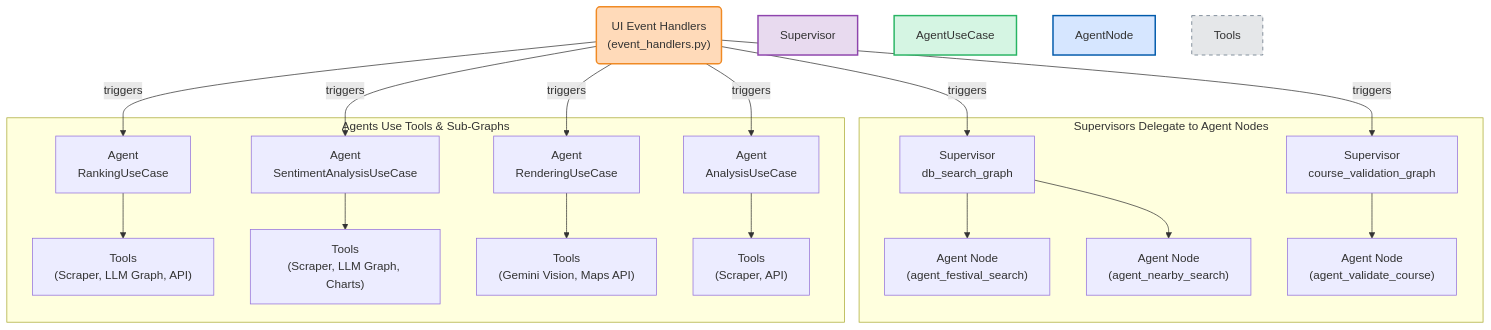
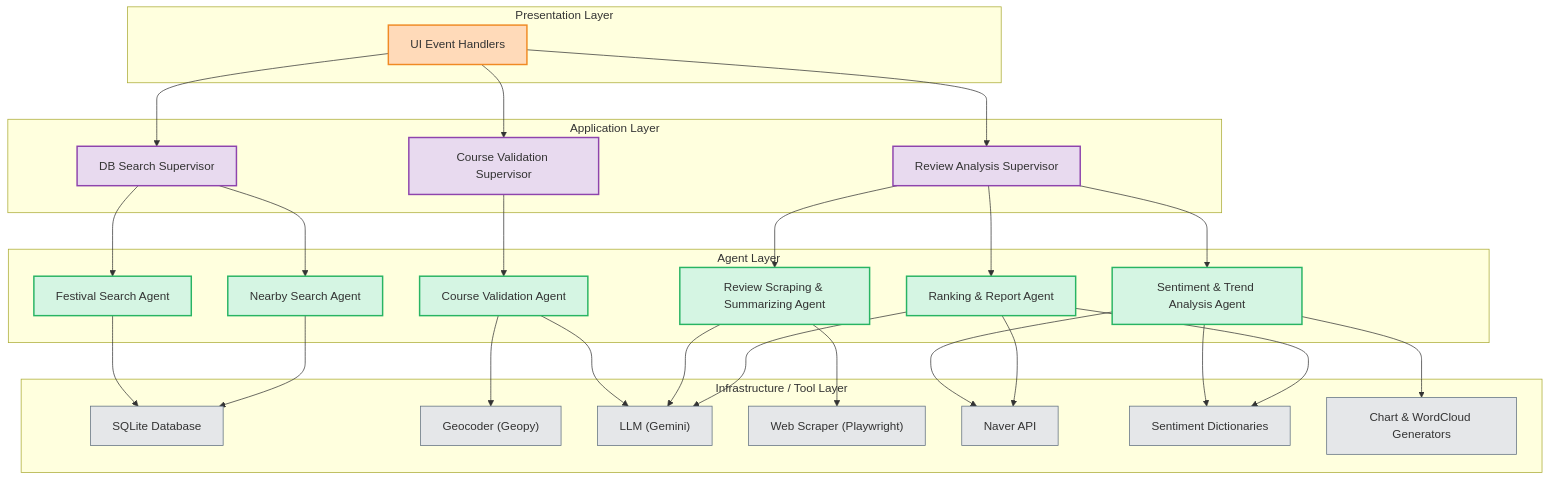
The diagram in README.md (ericyum/tour_agent), drawn with Mermaid before and after one commit. The commit also changed other lines of this file, not shown here.

Commit message:
"ReadMe 계층 구조 다이어그램 개선"

````diff
--- a/README.md
+++ b/README.md
@@ -88,34 +88,73 @@
 ```mermaid
 graph TD
-    %% --- 스타일 정의 ---
-    style EventHandler fill:#FFDAB9,stroke:#F08A24,stroke-width:2px
-    style Supervisor fill:#E8DAEF,stroke:#8E44AD,stroke-width:2px
-    style AgentUseCase fill:#D5F5E3,stroke:#28B463,stroke-width:2px
-    style AgentNode fill:#D6E6FF,stroke:#005AAB,stroke-width:2px
-    style Tools fill:#E5E7E9,stroke:#5D6D7E,stroke-width:1px,stroke-dasharray: 5 5
-
-    %% --- 1. Event Handler (최상위) ---
-    EventHandler("UI Event Handlers\n(event_handlers.py)")
-
-    %% --- 2. Supervisors & Agents (중간 계층) ---
-    EventHandler -- triggers --> Supervisor_DB["Supervisor\ndb_search_graph"]
-    EventHandler -- triggers --> Supervisor_Validate["Supervisor\ncourse_validation_graph"]
-    EventHandler -- triggers --> Agent_Rank["Agent\nRankingUseCase"]
-    EventHandler -- triggers --> Agent_Sentiment["Agent\nSentimentAnalysisUseCase"]
-    EventHandler -- triggers --> Agent_Render["Agent\nRenderingUseCase"]
-    EventHandler -- triggers --> Agent_Analysis["Agent\nAnalysisUseCase"]
-
-    %% --- 3. Agent Nodes & Tools (하위 계층) ---
-    subgraph "Supervisors Delegate to Agent Nodes"
-        Supervisor_DB --> Node_FestivalSearch["Agent Node\n(agent_festival_search)"]
-        Supervisor_DB --> Node_NearbySearch["Agent Node\n(agent_nearby_search)"]
-        Supervisor_Validate --> Node_ValidateCourse["Agent Node\n(agent_validate_course)"]
+    subgraph "Presentation Layer"
+        A["UI Event Handlers"]
     end
 
-    subgraph "Agents Use Tools & Sub-Graphs"
-        Agent_Rank --> Tools_Rank["Tools\n(Scraper, LLM Graph, API)"]
-        Agent_Sentiment --> Tools_Sentiment["Tools\n(Scraper, LLM Graph, Charts)"]
-        Agent_Render --> Tools_Render["Tools\n(Gemini Vision, Maps API)"]
-        Agent_Analysis --> Tools_Analysis["Tools\n(Scraper, API)"]
+    subgraph "Application Layer"
+        B["DB Search Supervisor"]
+        C["Course Validation Supervisor"]
+        D["Review Analysis Supervisor"]
     end
+
+    subgraph "Agent Layer"
+        B1["Festival Search Agent"]
+        B2["Nearby Search Agent"]
+        C1["Course Validation Agent"]
+        D1["Review Scraping & Summarizing Agent"]
+        D2["Sentiment & Trend Analysis Agent"]
+        D3["Ranking & Report Agent"]
+    end
+
+    subgraph "Infrastructure / Tool Layer"
+        T1["SQLite Database"]
+        T2["Geocoder (Geopy)"]
+        T3["LLM (Gemini)"]
+        T4["Web Scraper (Playwright)"]
+        T5["Naver API"]
+        T6["Sentiment Dictionaries"]
+        T7["Chart & WordCloud Generators"]
+    end
+
+    A --> B
+    A --> C
+    A --> D
+
+    B --> B1
+    B --> B2
+    C --> C1
+    D --> D1
+    D --> D2
+    D --> D3
+
+    B1 --> T1
+    B2 --> T1
+    C1 --> T2
+    C1 --> T3
+    D1 --> T4
+    D1 --> T3
+    D2 --> T5
+    D2 --> T6
+    D2 --> T7
+    D3 --> T3
+    D3 --> T5
+    D3 --> T6
+
+    style A fill:#FFDAB9,stroke:#F08A24,stroke-width:2px
+    style B fill:#E8DAEF,stroke:#8E44AD,stroke-width:2px
+    style C fill:#E8DAEF,stroke:#8E44AD,stroke-width:2px
+    style D fill:#E8DAEF,stroke:#8E44AD,stroke-width:2px
+    style B1 fill:#D5F5E3,stroke:#28B463,stroke-width:2px
+    style B2 fill:#D5F5E3,stroke:#28B463,stroke-width:2px
+    style C1 fill:#D5F5E3,stroke:#28B463,stroke-width:2px
+    style D1 fill:#D5F5E3,stroke:#28B463,stroke-width:2px
+    style D2 fill:#D5F5E3,stroke:#28B463,stroke-width:2px
+    style D3 fill:#D5F5E3,stroke:#28B463,stroke-width:2px
+    style T1 fill:#E5E7E9,stroke:#5D6D7E,stroke-width:1px
+    style T2 fill:#E5E7E9,stroke:#5D6D7E,stroke-width:1px
+    style T3 fill:#E5E7E9,stroke:#5D6D7E,stroke-width:1px
+    style T4 fill:#E5E7E9,stroke:#5D6D7E,stroke-width:1px
+    style T5 fill:#E5E7E9,stroke:#5D6D7E,stroke-width:1px
+    style T6 fill:#E5E7E9,stroke:#5D6D7E,stroke-width:1px
+    style T7 fill:#E5E7E9,stroke:#5D6D7E,stroke-width:1px
 ```
````
